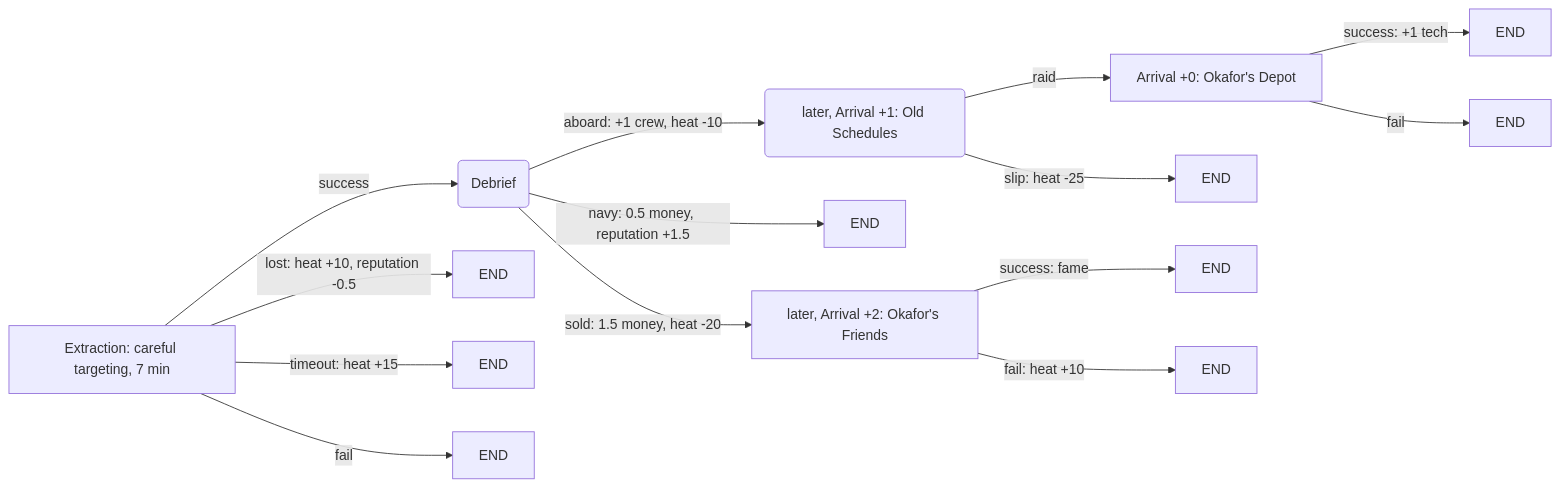
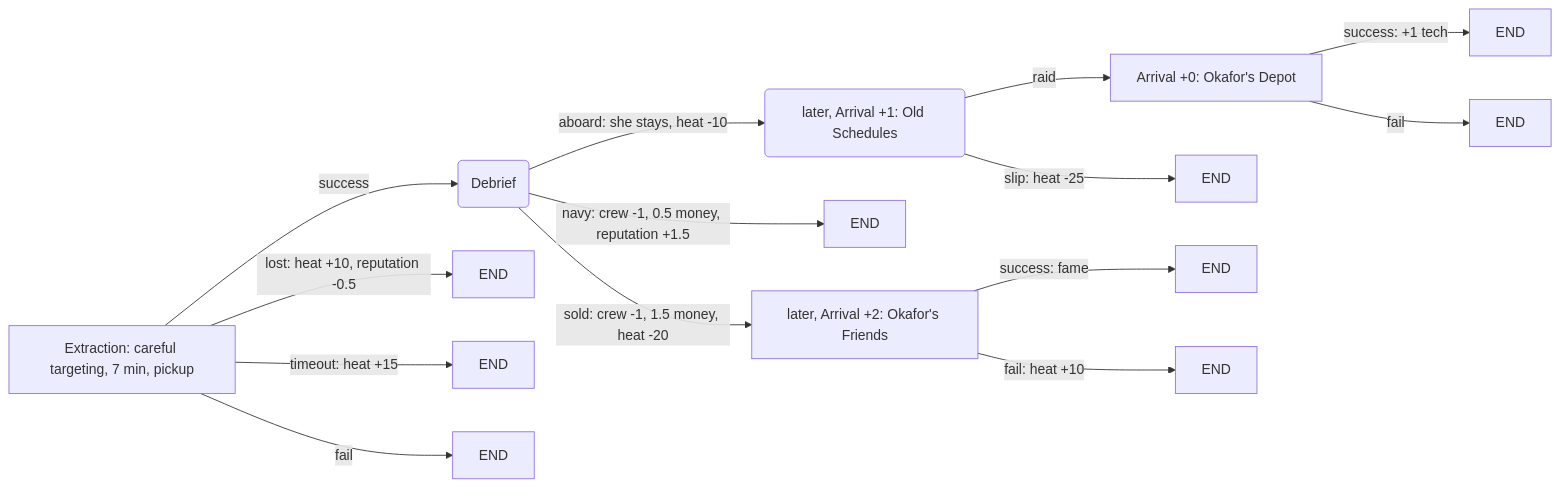
Before and after one commit to Yarden-zamir/cosmoteer-hot-cargo: the second of 6 diagrams in CHAINS.md, drawn with Mermaid. The commit also changed other lines of this file and 7 other files, not shown here.

````diff
--- a/CHAINS.md
+++ b/CHAINS.md
@@ -92,16 +92,16 @@
 ```mermaid
 graph LR
-  extract["Extraction: careful targeting, 7 min"] -->|success| debrief("Debrief")
+  extract["Extraction: careful targeting, 7 min, pickup"] -->|success| debrief("Debrief")
   extract -->|lost: heat +10, reputation -0.5| END1[END]
   extract -->|timeout: heat +15| END2[END]
   extract -->|fail| END3[END]
-  debrief -->|aboard: +1 crew, heat -10| insider("later, Arrival +1: Old Schedules")
-  debrief -->|navy: 0.5 money, reputation +1.5| END4[END]
-  debrief -->|sold: 1.5 money, heat -20| vengeance["later, Arrival +2: Okafor's Friends"]
+  debrief -->|aboard: she stays, heat -10| insider("later, Arrival +1: Old Schedules")
+  debrief -->|navy: crew -1, 0.5 money, reputation +1.5| END4[END]
+  debrief -->|sold: crew -1, 1.5 money, heat -20| vengeance["later, Arrival +2: Okafor's Friends"]
   insider -->|raid| depot["Arrival +0: Okafor's Depot"]
   insider -->|slip: heat -25| END5[END]
   depot -->|success: +1 tech| END6[END]
   depot -->|fail| END7[END]
   vengeance -->|success: fame| END8[END]
   vengeance -->|fail: heat +10| END9[END]
 ```
````
